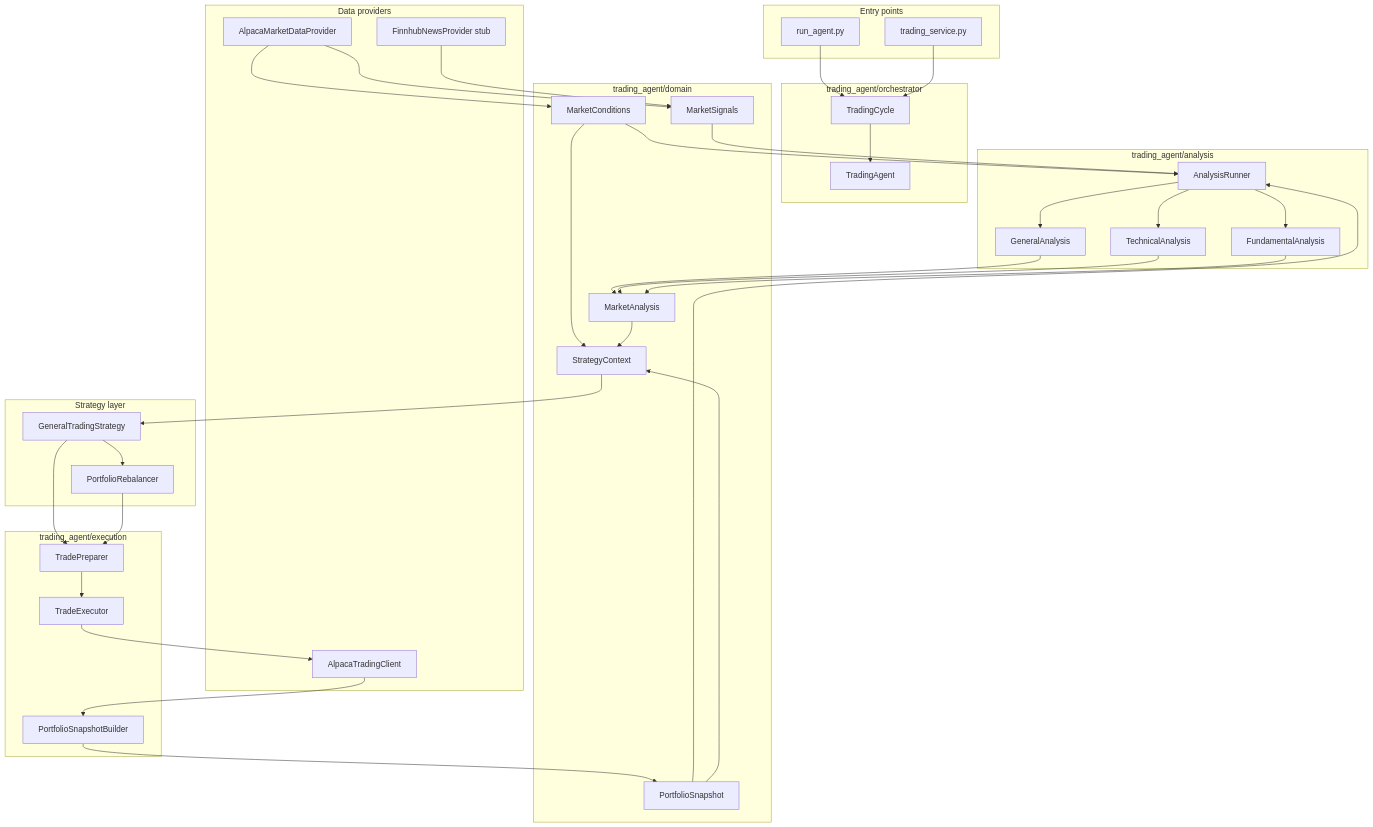
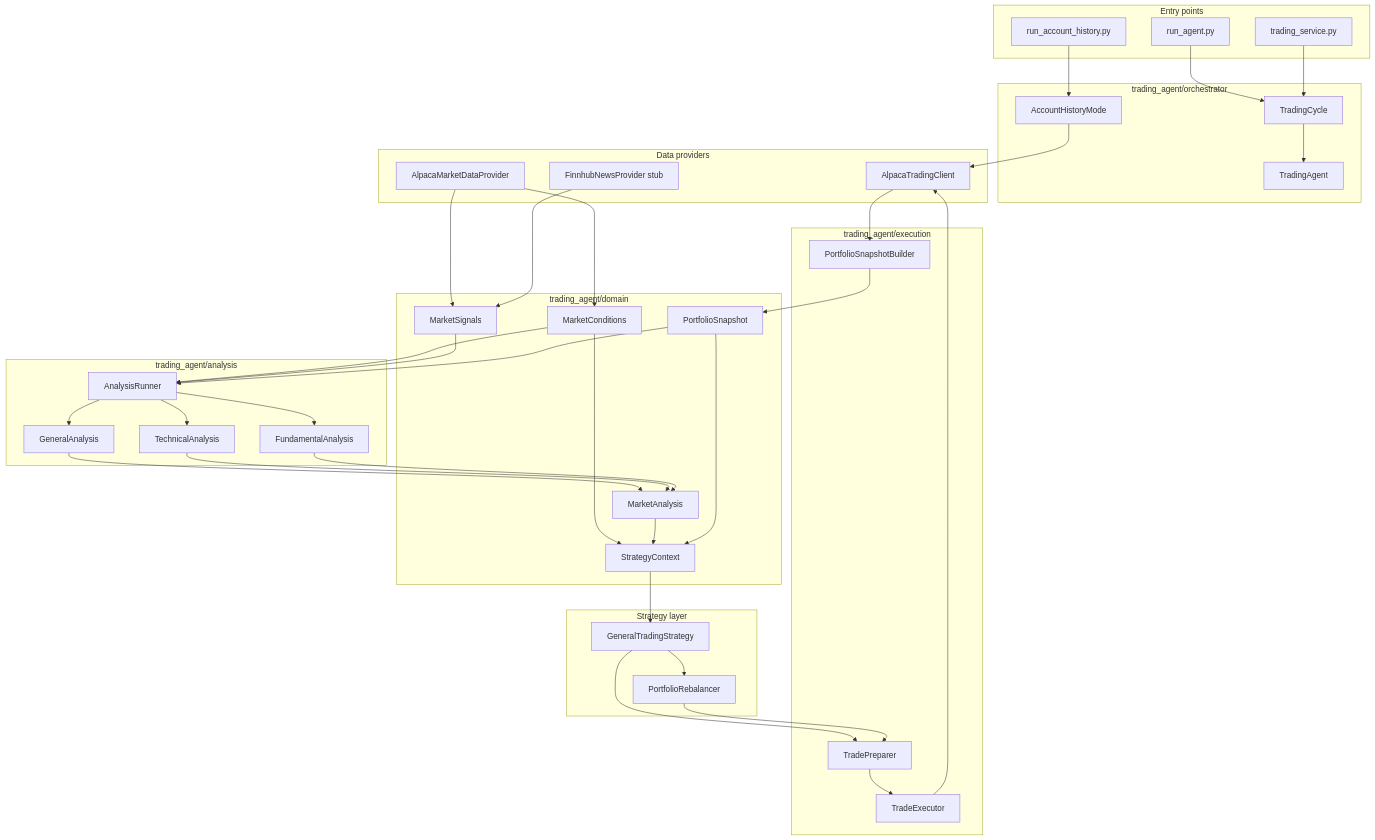
The first of 2 diagrams in docs/PROJECT_PLAN.md (yetigong/trading-agent), drawn with Mermaid before and after one commit. The commit also changed other lines of this file and 20 other files, not shown here.

Commit message:
Add read-only account history mode with monthly equity aggregation.

````diff
--- a/docs/PROJECT_PLAN.md
+++ b/docs/PROJECT_PLAN.md
@@ -11,66 +11,69 @@
 ```mermaid
 flowchart TB
     subgraph entry [Entry points]
         RA[run_agent.py]
+        RAH[run_account_history.py]
         TS[trading_service.py]
     end
 
     subgraph orchestrator [trading_agent/orchestrator]
         TC[TradingCycle]
         TA[TradingAgent]
+        AHM[AccountHistoryMode]
     end
 
     subgraph domain [trading_agent/domain]
         MC[MarketConditions]
         MS[MarketSignals]
         PS[PortfolioSnapshot]
         MA[MarketAnalysis]
         SC[StrategyContext]
     end
 
     subgraph dataProviders [Data providers]
         ALP_MD[AlpacaMarketDataProvider]
         FIN[FinnhubNewsProvider stub]
         ALP_BRK[AlpacaTradingClient]
     end
 
     subgraph analysis [trading_agent/analysis]
         AR[AnalysisRunner]
         GEN[GeneralAnalysis]
         TECH[TechnicalAnalysis]
         FUND[FundamentalAnalysis]
     end
 
     subgraph strategy [Strategy layer]
         STR[GeneralTradingStrategy]
         REB[PortfolioRebalancer]
     end
 
     subgraph execution [trading_agent/execution]
         PSB[PortfolioSnapshotBuilder]
         PRE[TradePreparer]
         EXT[TradeExecutor]
     end
 
     RA --> TC --> TA
     TS --> TC
+    RAH --> AHM --> ALP_BRK
 
     ALP_MD --> MC
     ALP_MD --> MS
     FIN --> MS
     ALP_BRK --> PSB --> PS
 
     MC --> AR
     MS --> AR
     PS --> AR
     AR --> GEN --> MA
     AR --> TECH --> MA
     AR --> FUND --> MA
 
     MC --> SC
     MA --> SC
     PS --> SC
     SC --> STR --> PRE
     STR --> REB --> PRE
     PRE --> EXT --> ALP_BRK
 ```
````
